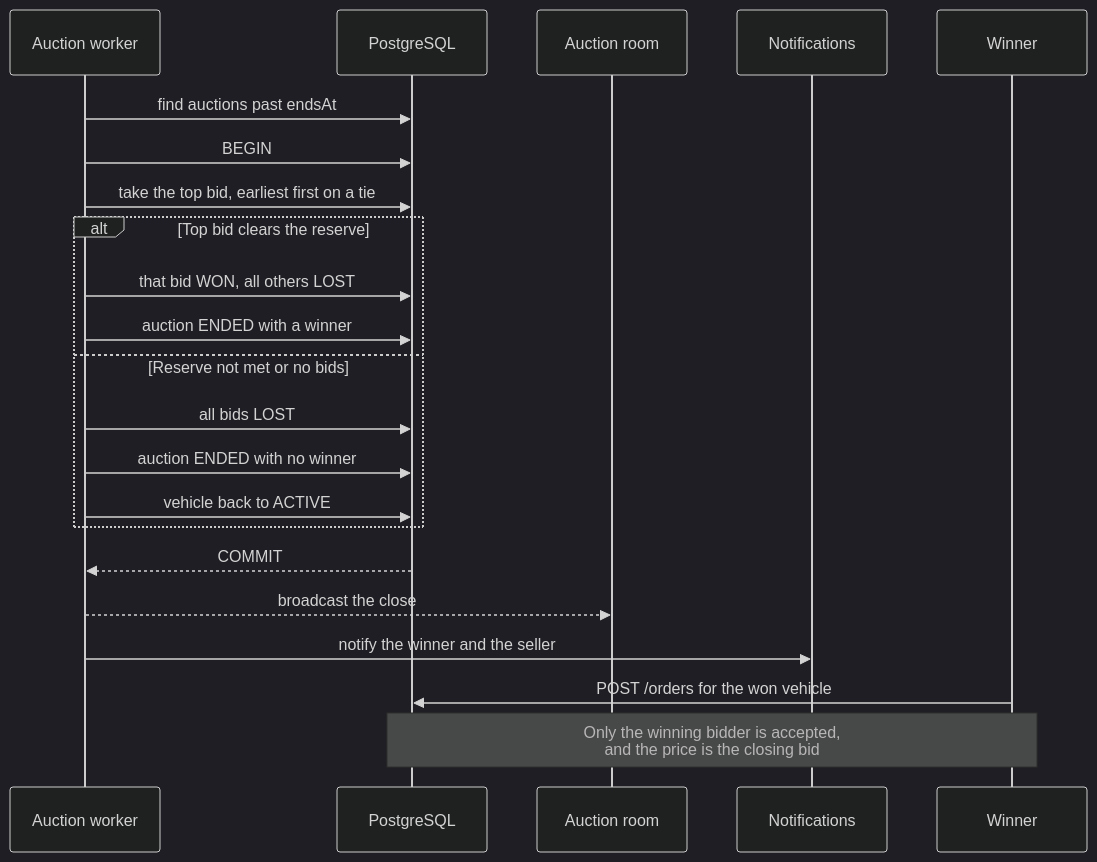
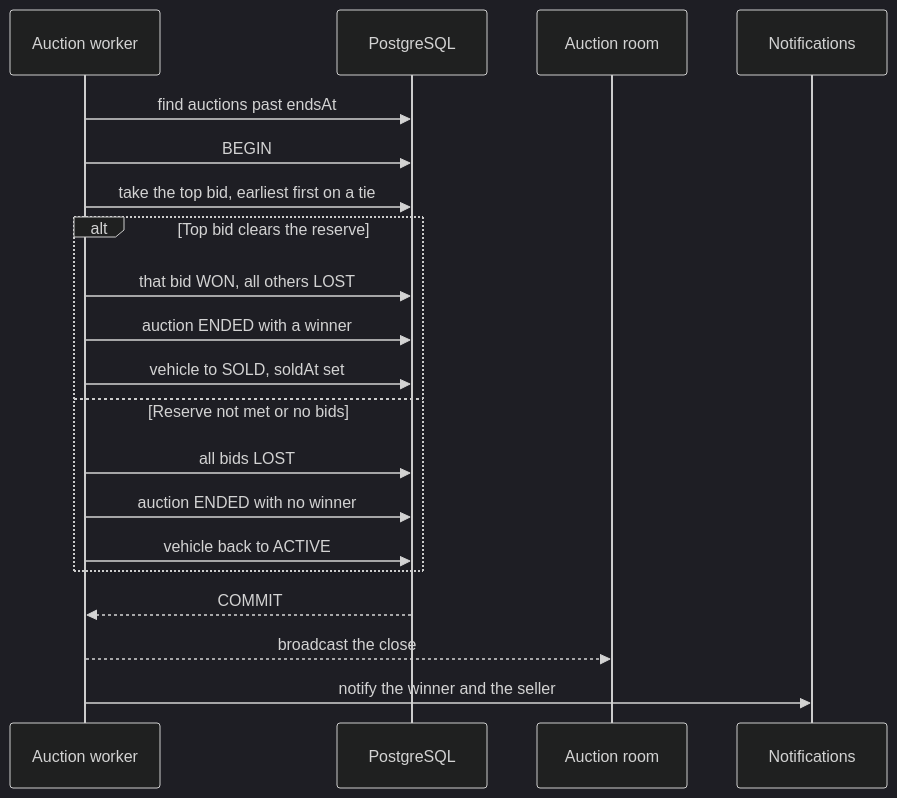
Diagram 15 of 19 in documentation/transaction-flow.md (MohammadZakariaDehghani/Vintrax), drawn with Mermaid (dark theme) before and after one commit. The commit also changed other lines of this file and 39 other files, not shown here.

````diff
--- a/documentation/transaction-flow.md
+++ b/documentation/transaction-flow.md
@@ -604,26 +534,23 @@
 ```mermaid
 sequenceDiagram
     participant W as Auction worker
     participant DB as PostgreSQL
     participant WS as Auction room
     participant N as Notifications
-    participant B as Winner
 
     W->>DB: find auctions past endsAt
     W->>DB: BEGIN
     W->>DB: take the top bid, earliest first on a tie
     alt Top bid clears the reserve
         W->>DB: that bid WON, all others LOST
         W->>DB: auction ENDED with a winner
+        W->>DB: vehicle to SOLD, soldAt set
     else Reserve not met or no bids
         W->>DB: all bids LOST
         W->>DB: auction ENDED with no winner
         W->>DB: vehicle back to ACTIVE
     end
     DB-->>W: COMMIT
     W-->>WS: broadcast the close
     W->>N: notify the winner and the seller
-
-    B->>DB: POST /orders for the won vehicle
-    Note over B,DB: Only the winning bidder is accepted,<br/>and the price is the closing bid
 ```
````
